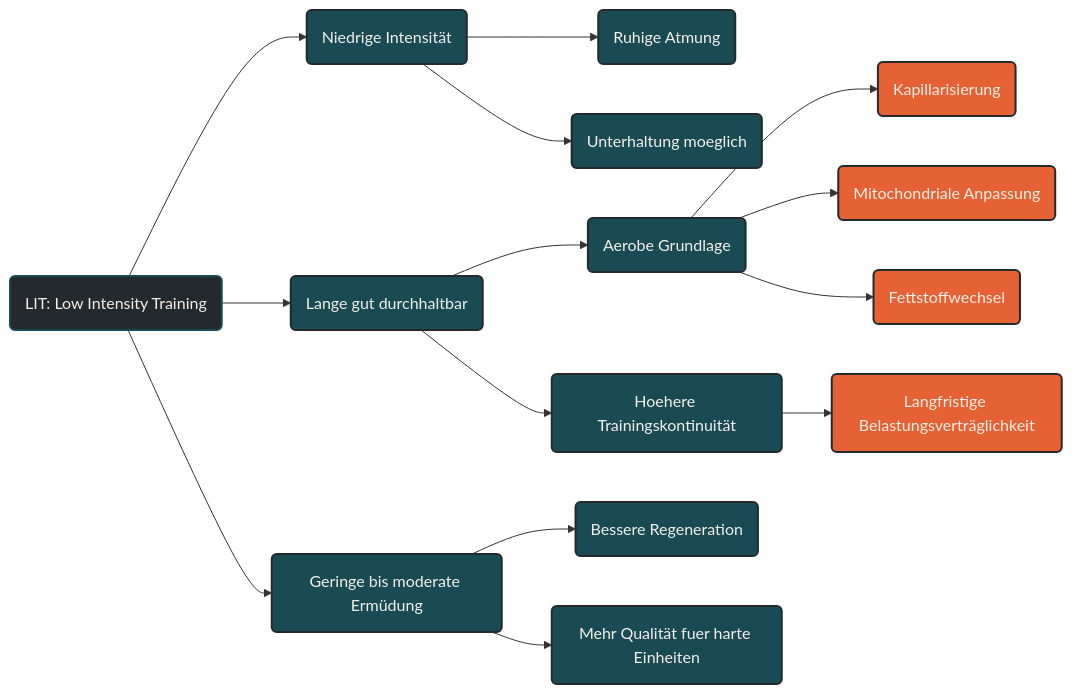
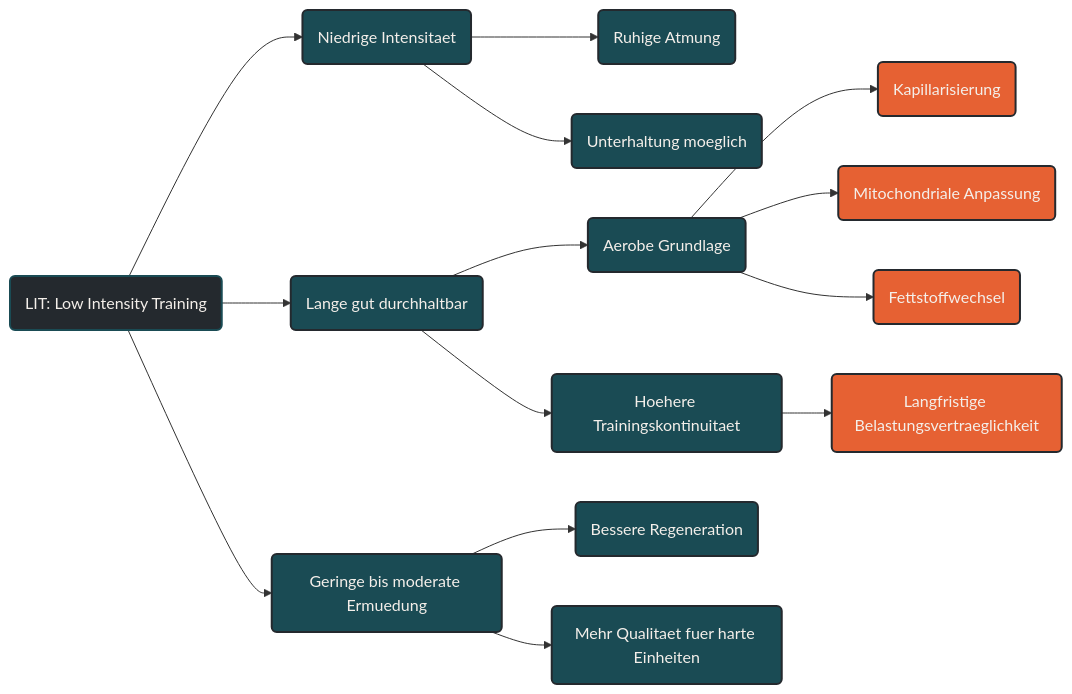
One commit to Quixos40K/ausdauersport-typemill changed the diagram in content/00-ausdauersport/00-trainingswissenschaft/01-trainingsintensitaeten/01-low-intensity-training.md. Above: the diagram before and after it, drawn with Mermaid. The commit also changed other lines of this file, not shown here.

First line of the commit message:
Add citations and references for Low Intensity Training

````diff
--- a/content/00-ausdauersport/00-trainingswissenschaft/01-trainingsintensitaeten/01-low-intensity-training.md
+++ b/content/00-ausdauersport/00-trainingswissenschaft/01-trainingsintensitaeten/01-low-intensity-training.md
@@ -55,28 +55,28 @@
 ```mermaid
 graph LR
-    A(LIT: Low Intensity Training) --> B(Niedrige Intensität)
+    A(LIT: Low Intensity Training) --> B(Niedrige Intensitaet)
     A --> C(Lange gut durchhaltbar)
-    A --> D(Geringe bis moderate Ermüdung)
+    A --> D(Geringe bis moderate Ermuedung)
 
     B --> E(Ruhige Atmung)
     B --> F(Unterhaltung moeglich)
     C --> G(Aerobe Grundlage)
-    C --> H(Hoehere Trainingskontinuität)
+    C --> H(Hoehere Trainingskontinuitaet)
     D --> I(Bessere Regeneration)
-    D --> J(Mehr Qualität fuer harte Einheiten)
+    D --> J(Mehr Qualitaet fuer harte Einheiten)
 
     G --> K(Kapillarisierung)
     G --> L(Mitochondriale Anpassung)
     G --> M(Fettstoffwechsel)
-    H --> N(Langfristige Belastungsverträglichkeit)
+    H --> N(Langfristige Belastungsvertraeglichkeit)
 
     classDef default fill:#F4EFEA,stroke:#1A4B54,stroke-width:2px,color:#24292E;
     classDef primary fill:#1A4B54,stroke:#24292E,stroke-width:2px,color:#F4EFEA;
     classDef highlight fill:#E66133,stroke:#24292E,stroke-width:2px,color:#F4EFEA;
     classDef dark fill:#24292E,stroke:#1A4B54,stroke-width:2px,color:#F4EFEA;
 
     class A dark;
     class B,C,D primary;
     class E,F,G,H,I,J primary;
     class K,L,M,N highlight;
 ```
````
